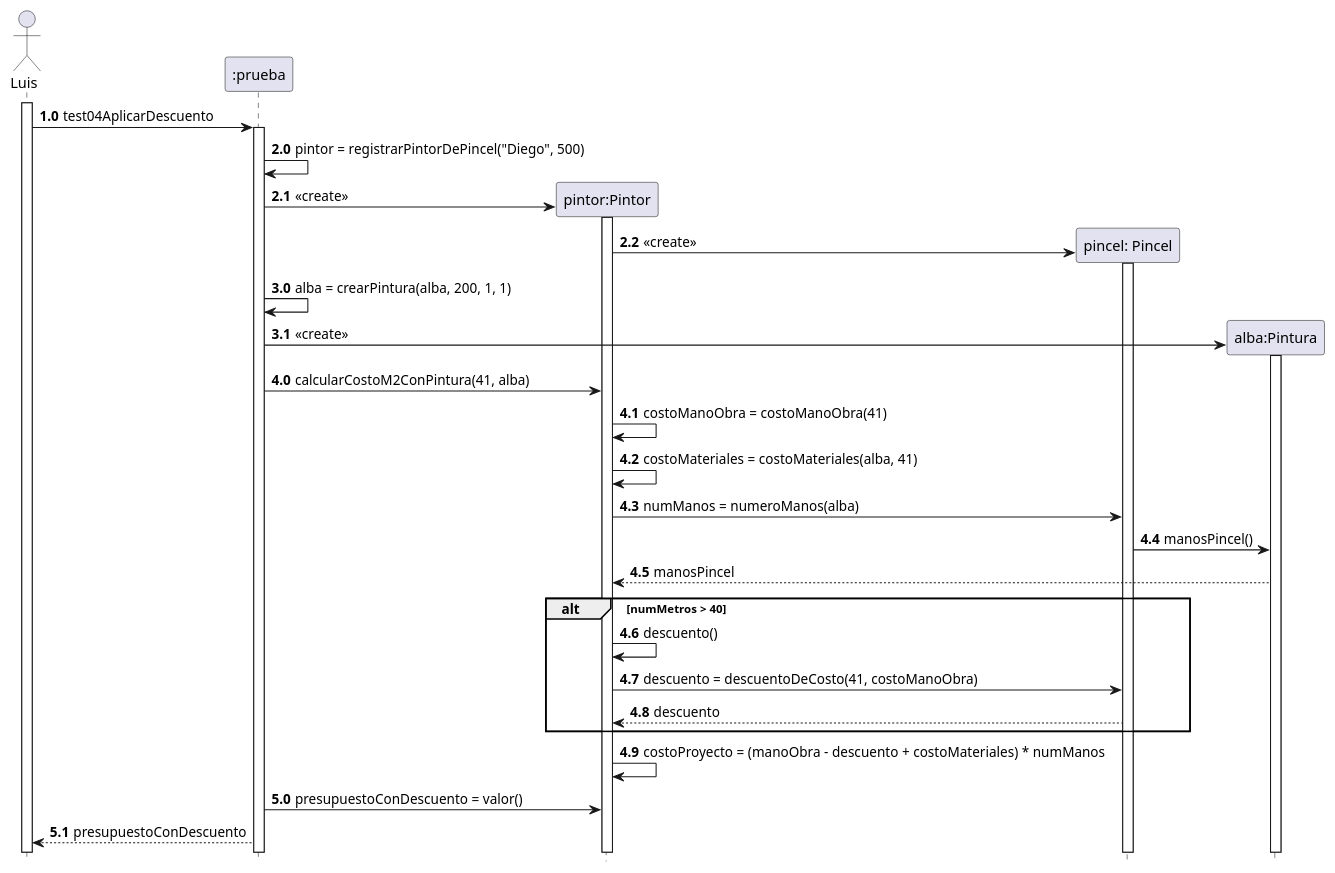
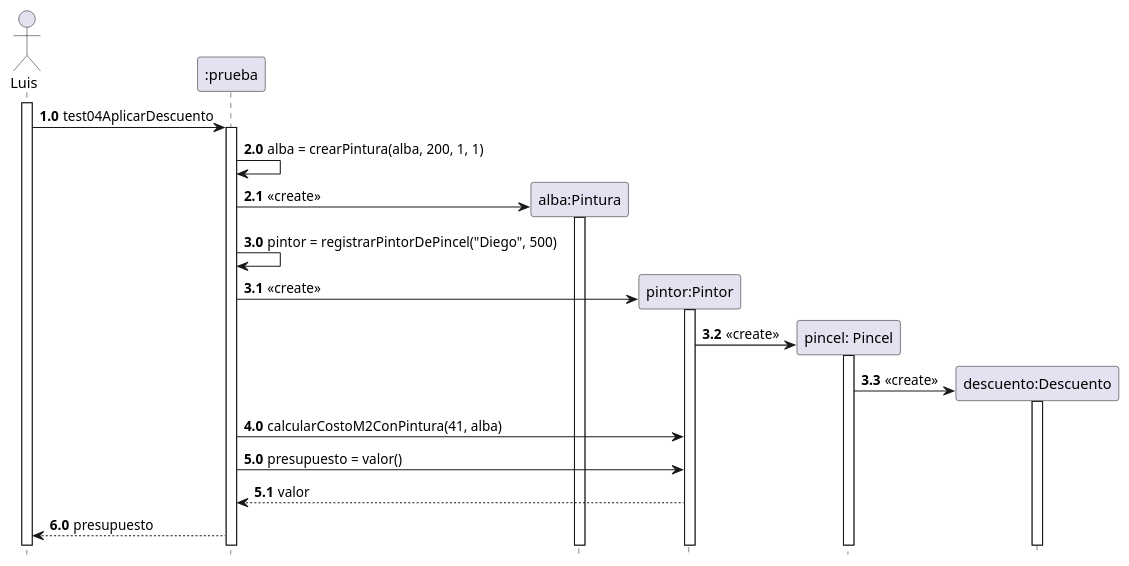
The diagram in TP1/Documentacion/diagramas/Diagrama_Secuenciales/diagrama_secuencia03.wsd (LuisParedes1/C3_TPs), drawn with PlantUML before and after one commit. The commit also changed 47 other files, not shown here.

```diff
--- a/TP1/Documentacion/diagramas/Diagrama_Secuenciales/diagrama_secuencia03.wsd
+++ b/TP1/Documentacion/diagramas/Diagrama_Secuenciales/diagrama_secuencia03.wsd
@@ -1,53 +1,46 @@
 @startuml test04AplicarDescuentoMas40M2
     hide footbox
     skinparam classAttributeIconSize 0
    
     autonumber 1.0
     actor Luis
     activate Luis
     Luis -> ":prueba" as prueba: test04AplicarDescuento
     activate prueba
     
     autonumber 2.0
+    prueba -> prueba: alba = crearPintura(alba, 200, 1, 1)
+
+    create "alba:Pintura" as alba
+    prueba -> alba: << create >>
+    activate alba
+
+
+    autonumber 3.0
     prueba -> prueba: pintor = registrarPintorDePincel("Diego", 500)
 
     create "pintor:Pintor" as pintor
     prueba -> pintor: << create >>
     activate pintor
 
     create "pincel: Pincel" as pincel
     pintor -> pincel: << create >>
     activate pincel
 
-    autonumber 3.0
-    prueba -> prueba: alba = crearPintura(alba, 200, 1, 1)
+    create "descuento:Descuento" as descuento
+    pincel -> descuento: << create >>
+    activate descuento
 
-    create "alba:Pintura" as alba
-    prueba -> alba: << create >>
-    activate alba
+    
 
     autonumber 4.0
     prueba -> pintor: calcularCostoM2ConPintura(41, alba)
 
+    autonumber 5.0
+    prueba -> pintor: presupuesto = valor()
+    pintor --> prueba: valor
 
-    pintor -> pintor: costoManoObra = costoManoObra(41)
-    pintor -> pintor: costoMateriales = costoMateriales(alba, 41)
-
-    pintor -> pincel: numManos = numeroManos(alba)
-    pincel -> alba: manosPincel()
-    alba --> pintor: manosPincel
-
-    alt numMetros > 40
-        pintor -> pintor: descuento()
-        pintor -> pincel: descuento = descuentoDeCosto(41, costoManoObra)
-        pincel --> pintor: descuento
-    end
-
-    pintor -> pintor: costoProyecto = (manoObra - descuento + costoMateriales) * numManos
-
-
-    autonumber 5.0
-    prueba -> pintor: presupuestoConDescuento = valor()    
-    prueba --> Luis: presupuestoConDescuento
+    autonumber 6.0   
+    prueba --> Luis: presupuesto
 
 @enduml
```
